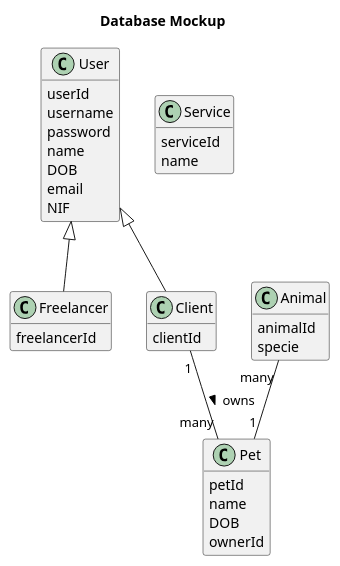
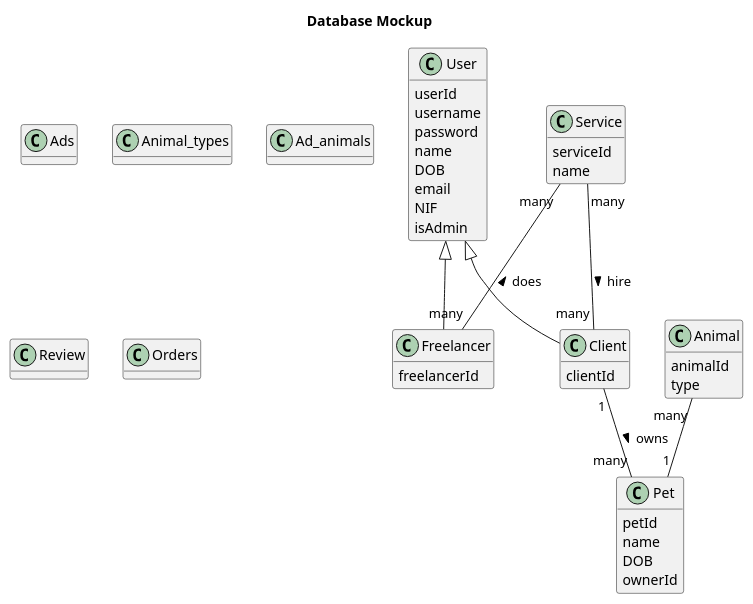
The diagram in docs/mockup_db/db.puml (casemiromjm/petlink), drawn with PlantUML before and after one commit.

Commit message:
updated db uml

```diff
--- a/docs/mockup_db/db.puml
+++ b/docs/mockup_db/db.puml
@@ -1,83 +1,104 @@
 @startuml Database
 
 title "Database Mockup"
 
 hide methods
 
 ' classes
 class User {
     /'
     PK - userId
     '/
 
     userId
     username
     password
     name
     DOB
     email
     NIF
+    isAdmin
 }
 
 class Freelancer {
     /'
     PK - freelancerId
     '/
 
     freelancerId
-    
 }
 
 class Client {
     /'
     PK - clientId
     '/
 
     clientId
 }
 
 class Pet {
     /'
     PK - petId
     FK - owner, aponta para Client
     '/
 
     petId
     name
     DOB
     ownerId
 }
 
 class Service {
     /'
     PK - serviceId
     '/
 
     serviceId
     name
 }
 
+class Ads {
+
+}
+
 class Animal {
     /'
     PK - animalId
     '/
 
     animalId
-    specie
+    type
 }
 
-' Preicsa ter essa?
-' class Admin {
-' }
+class Animal_types {
+    
+}
+
+class Ad_animals {
+
+}
+
+class Review {
+
+}
+
+class Orders {
+
+}
+
 
 ' associations
 
+' inheritance
 User <|-- Freelancer
 User <|-- Client
 
 Client "1" -- "many" Pet : owns >
 
 Animal "many" -- "1" Pet
 
+Service "many" -- "many" Freelancer : does <
+Service "many" -- "many" Client : hire >
+
 
 @enduml
```
